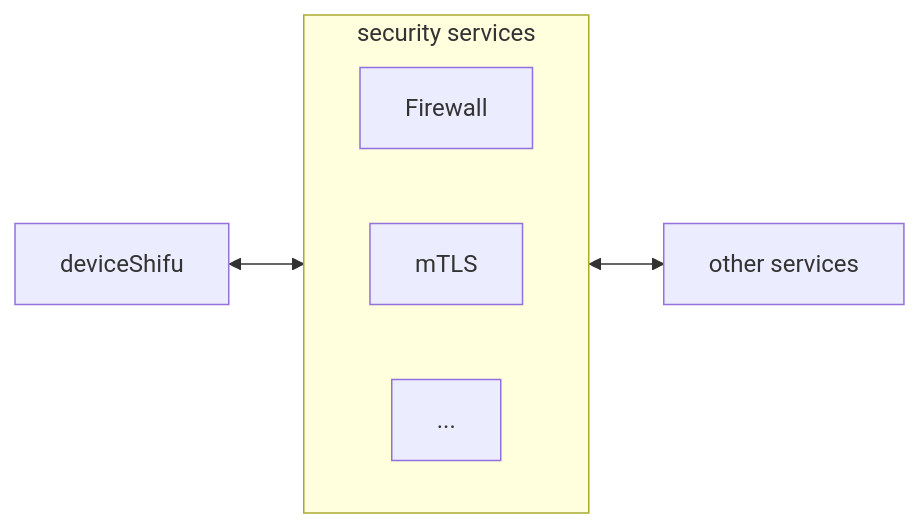
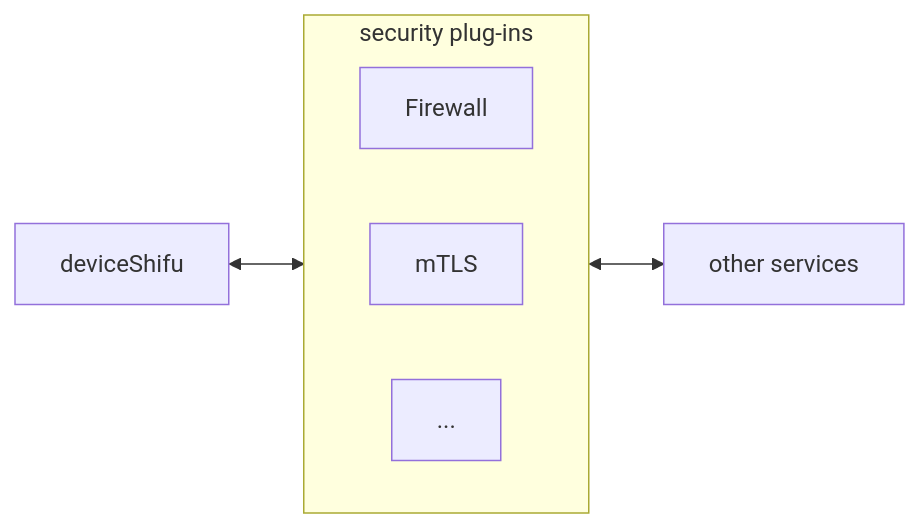
Before and after one commit to Edgenesis/shifu: the fourth of 4 diagrams in docs/design/design-deviceShifu-zh.md, drawn with Mermaid.

Commit message:
rename services to plug-ins

````diff
--- a/docs/design/design-deviceShifu-zh.md
+++ b/docs/design/design-deviceShifu-zh.md
@@ -70,12 +70,12 @@
 ```mermaid
     flowchart LR
     
-    subgraph sg-ss[security services]
+    subgraph sg-pi[security plug-ins]
     direction LR
     fw[Firewall]
     mTLS[mTLS]
-    dotsinsg-ss[...]
+    dotsinsg-sg-pi[...]
     end
 
-    ds[deviceShifu]<-->sg-ss<-->os[other services]
+    ds[deviceShifu]<-->sg-pi<-->os[other services]
 ```
````
